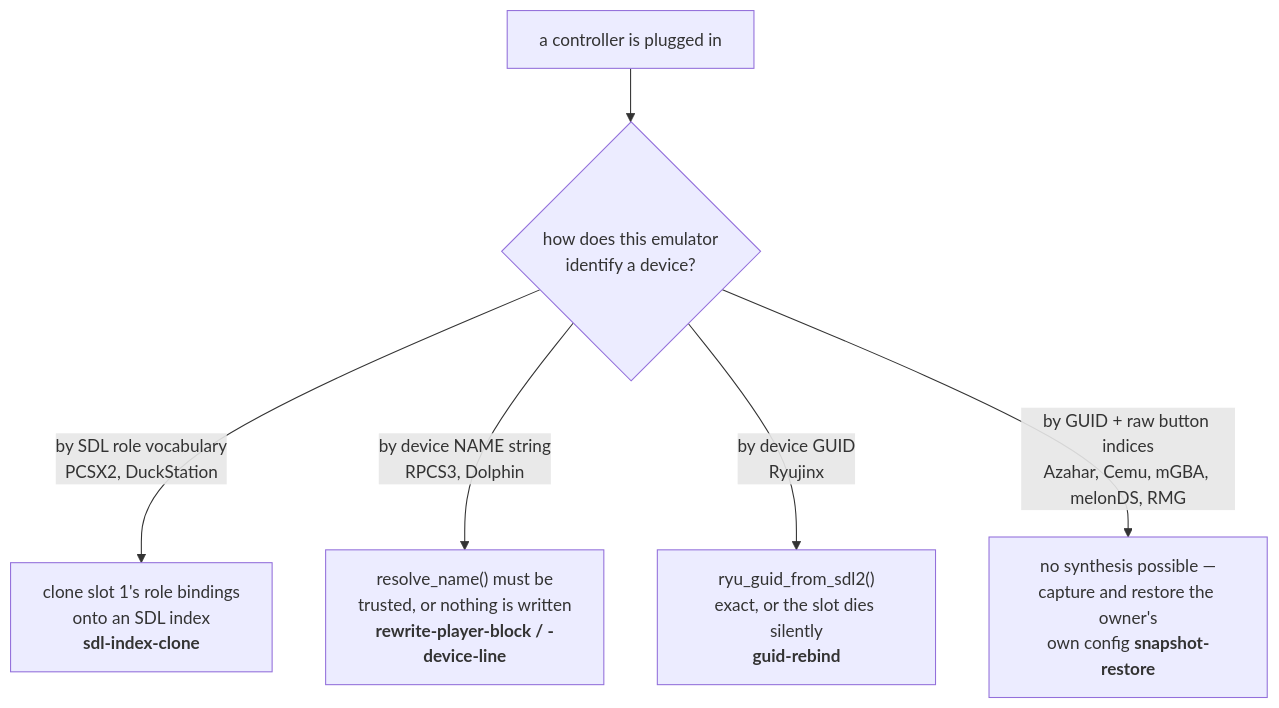
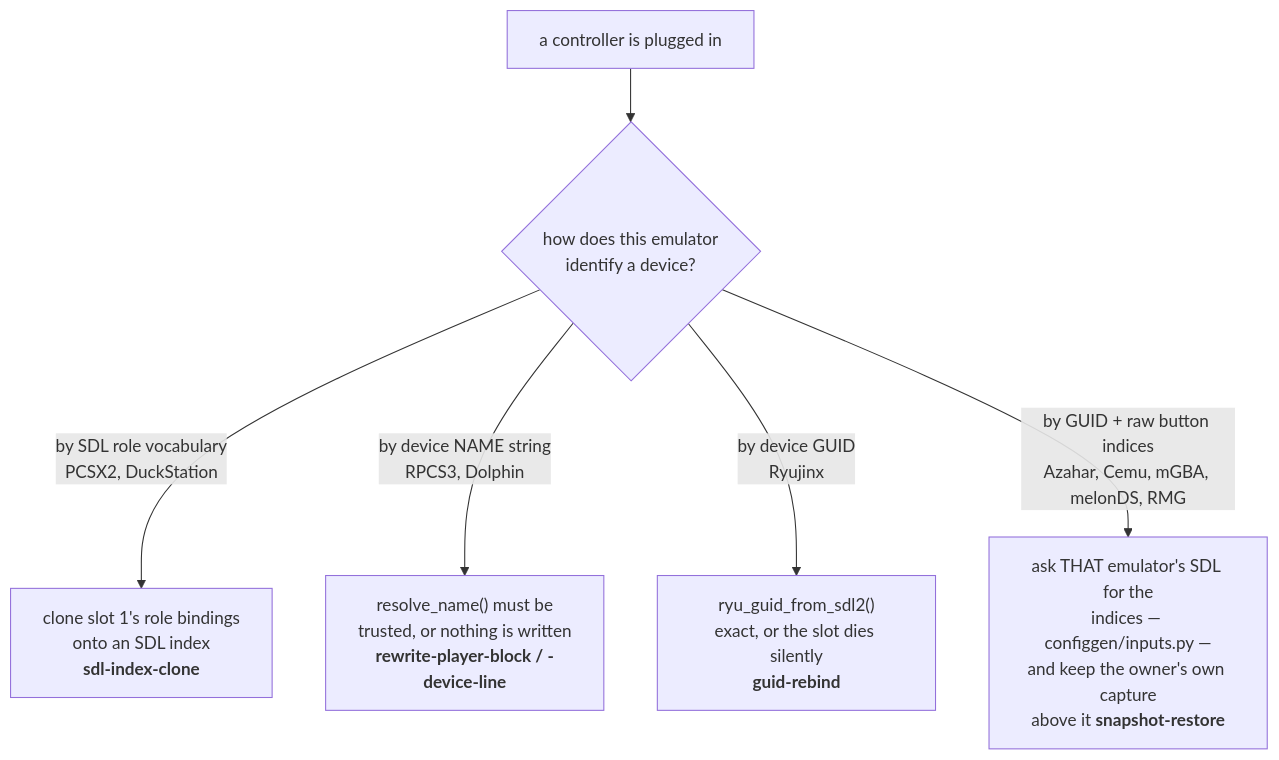
One commit to p4v1c/GamecoreRenew changed the first of 2 diagrams in docs/architecture/08-controller-pipeline.md. Above: the diagram before and after it, drawn with Mermaid. The commit also changed other lines of this file and 2 other files, not shown here.

````diff
--- a/docs/architecture/08-controller-pipeline.md
+++ b/docs/architecture/08-controller-pipeline.md
@@ -36,8 +36,8 @@
 ```mermaid
 flowchart TD
     pad["a controller is plugged in"] --> q{"how does this emulator<br/>identify a device?"}
     q -->|"by SDL role vocabulary<br/>PCSX2, DuckStation"| sdl["clone slot 1's role bindings<br/>onto an SDL index<br/><b>sdl-index-clone</b>"]
     q -->|"by device NAME string<br/>RPCS3, Dolphin"| nm["resolve_name() must be<br/>trusted, or nothing is written<br/><b>rewrite-player-block / -device-line</b>"]
     q -->|"by device GUID<br/>Ryujinx"| guid["ryu_guid_from_sdl2()<br/>exact, or the slot dies silently<br/><b>guid-rebind</b>"]
-    q -->|"by GUID + raw button indices<br/>Azahar, Cemu, mGBA, melonDS, RMG"| snap["no synthesis possible —<br/>capture and restore the owner's<br/>own config <b>snapshot-restore</b>"]
+    q -->|"by GUID + raw button indices<br/>Azahar, Cemu, mGBA, melonDS, RMG"| snap["ask THAT emulator's SDL for the<br/>indices — configgen/inputs.py —<br/>and keep the owner's own capture<br/>above it <b>snapshot-restore</b>"]
 ```
````
